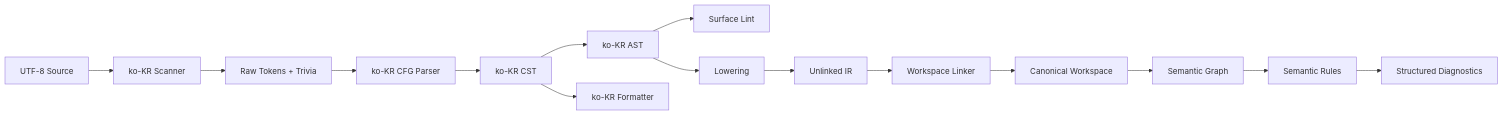
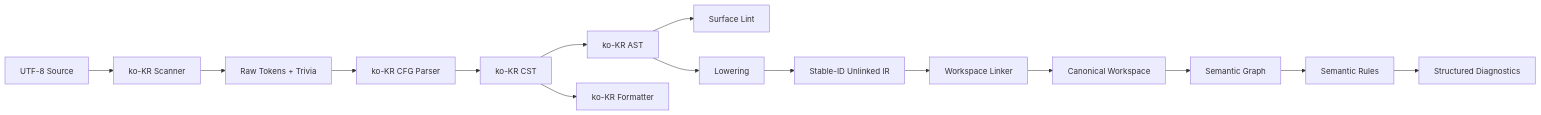
One commit to rspdl/rspdl-core changed the second of 2 diagrams in docs/architecture.md. Above: the diagram before and after it, drawn with Mermaid. The commit also changed other lines of this file and 6 other files, not shown here.

````diff
--- a/docs/architecture.md
+++ b/docs/architecture.md
@@ -127,17 +127,17 @@
 ```mermaid
 flowchart LR
     SRC["UTF-8 Source"] --> SCAN["ko-KR Scanner"]
     SCAN --> TOK["Raw Tokens + Trivia"]
     TOK --> PARSE["ko-KR CFG Parser"]
     PARSE --> CST["ko-KR CST"]
     CST --> AST["ko-KR AST"]
     AST --> LINT["Surface Lint"]
     AST --> LOWER["Lowering"]
-    LOWER --> UIR["Unlinked IR"]
+    LOWER --> UIR["Stable-ID Unlinked IR"]
     UIR --> LINK["Workspace Linker"]
     LINK --> CIR["Canonical Workspace"]
     CIR --> GRAPH["Semantic Graph"]
     GRAPH --> RULES["Semantic Rules"]
     RULES --> DIAG["Structured Diagnostics"]
     CST --> FORMAT["ko-KR Formatter"]
 ```
````
